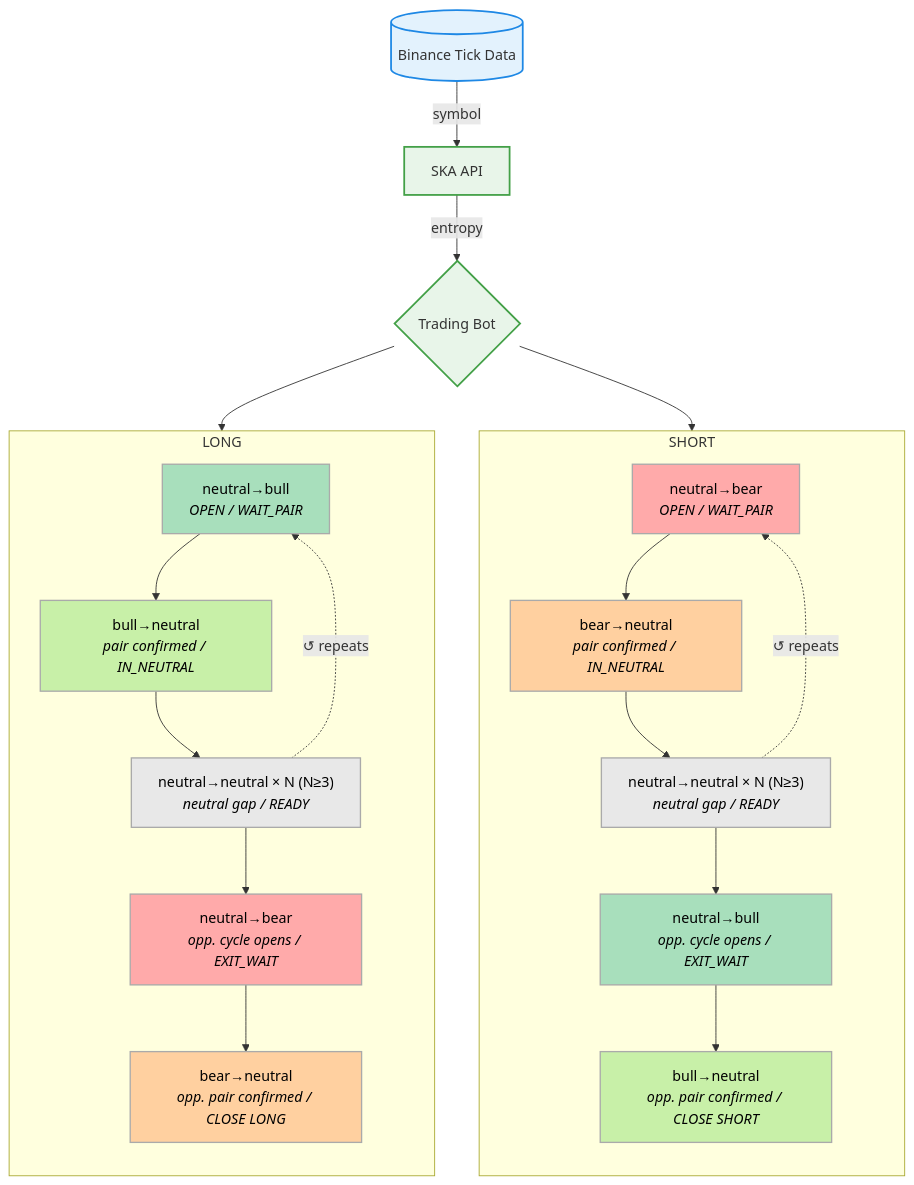
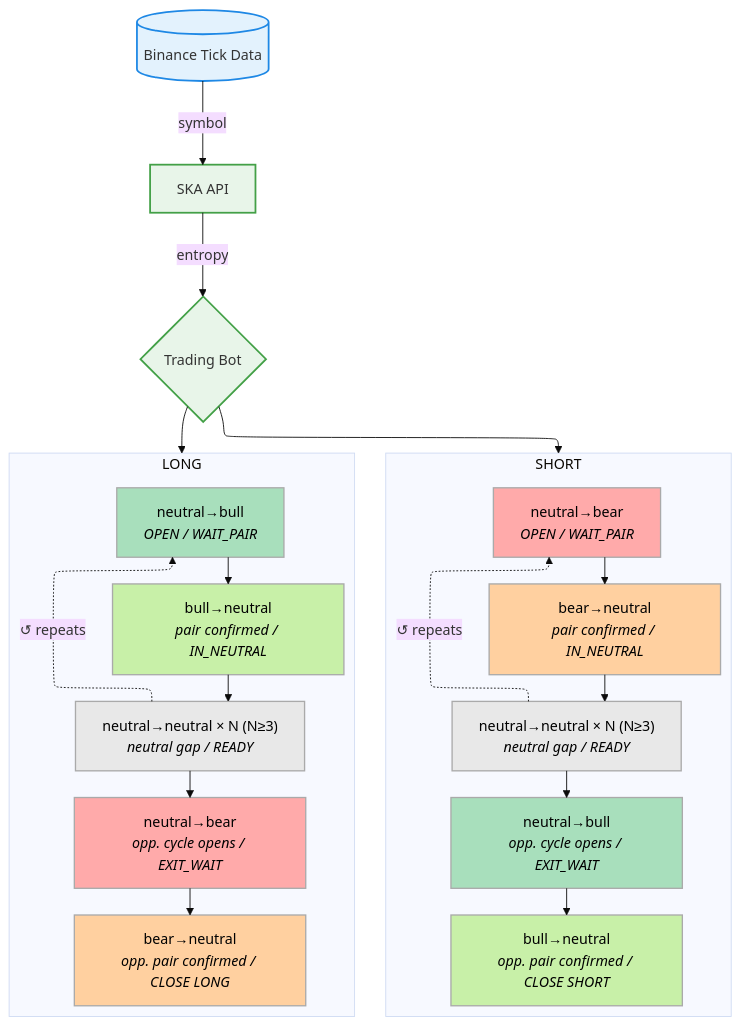
The diagram in README.md (quantiota/SKA-Binance--API), drawn with Mermaid before and after one commit. The commit also changed other lines of this file, not shown here.

````diff
--- a/README.md
+++ b/README.md
@@ -15,55 +15,61 @@
 ```mermaid
+---
+config:
+  look: classic
+  theme: base
+  layout: elk
+---
 flowchart TD
     BINANCE[(Binance Tick Data)]
     API["SKA API"]
     BOT@{ shape: diamond, label: "Trading Bot" }
 
     BINANCE -- "symbol" --> API
     API -- "entropy" --> BOT
 
     BOT --> LONG
     BOT --> SHORT
 
     subgraph SHORT["SHORT"]
         direction TB
         S1["neutral→bear<br/><i>OPEN / WAIT_PAIR</i>"]
         S2["bear→neutral<br/><i>pair confirmed / IN_NEUTRAL</i>"]
         S3["neutral→neutral × N (N≥3)<br/><i>neutral gap / READY</i>"]
         S4["neutral→bull<br/><i>opp. cycle opens / EXIT_WAIT</i>"]
         S5["bull→neutral<br/><i>opp. pair confirmed / CLOSE SHORT</i>"]
         S1 --> S2 --> S3 --> S4 --> S5
         S3 -. "↺ repeats" .-> S1
     end
 
     subgraph LONG["LONG"]
         direction TB
         L1["neutral→bull<br/><i>OPEN / WAIT_PAIR</i>"]
         L2["bull→neutral<br/><i>pair confirmed / IN_NEUTRAL</i>"]
         L3["neutral→neutral × N (N≥3)<br/><i>neutral gap / READY</i>"]
         L4["neutral→bear<br/><i>opp. cycle opens / EXIT_WAIT</i>"]
         L5["bear→neutral<br/><i>opp. pair confirmed / CLOSE LONG</i>"]
         L1 --> L2 --> L3 --> L4 --> L5
         L3 -. "↺ repeats" .-> L1
     end
 
     classDef data      fill:#E3F2FD,stroke:#1E88E5,stroke-width:2px;
     classDef process   fill:#E8F5E9,stroke:#43A047,stroke-width:2px;
     classDef longOpen  fill:#A8DFBC,stroke:#AAAAAA,color:#000,stroke-width:1.5px;
     classDef longPair  fill:#C8F0A8,stroke:#AAAAAA,color:#000,stroke-width:1.5px;
     classDef shortOpen fill:#FFAAAA,stroke:#AAAAAA,color:#000,stroke-width:1.5px;
     classDef shortPair fill:#FFD0A0,stroke:#AAAAAA,color:#000,stroke-width:1.5px;
     classDef neutral   fill:#E8E8E8,stroke:#AAAAAA,color:#000,stroke-width:1.5px;
 
     class BINANCE data;
     class API,BOT process;
     class L1 longOpen;
     class L2 longPair;
     class L3 neutral;
     class L4 shortOpen;
     class L5 shortPair;
     class S1 shortOpen;
     class S2 shortPair;
     class S3 neutral;
     class S4 longOpen;
     class S5 longPair;
 ```
````
